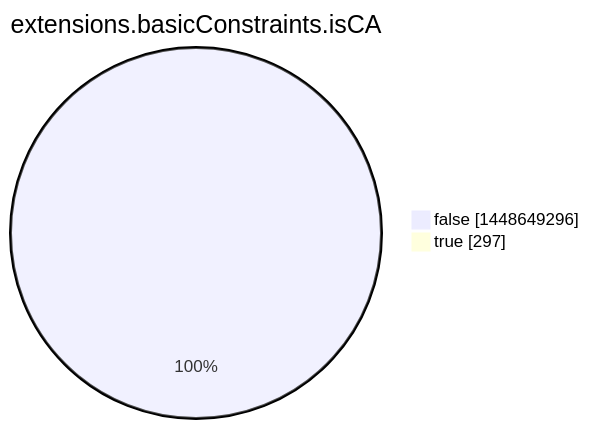
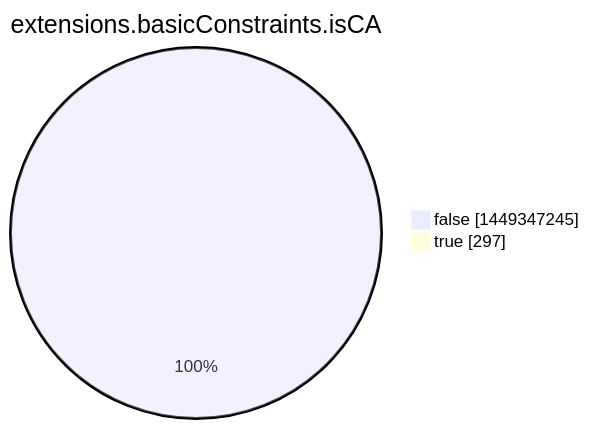
The eighth of 15 diagrams in argon2022/README.md (christiankrug/ctmonitor_visualization), drawn with Mermaid before and after one commit. The commit also changed other lines of this file, not shown here.

````diff
--- a/argon2022/README.md
+++ b/argon2022/README.md
@@ -2760,6 +2760,6 @@
 ```mermaid
 pie showData
 title extensions.basicConstraints.isCA
-"false" :1448649296
+"false" :1449347245
 "true" :297
 ```
````
